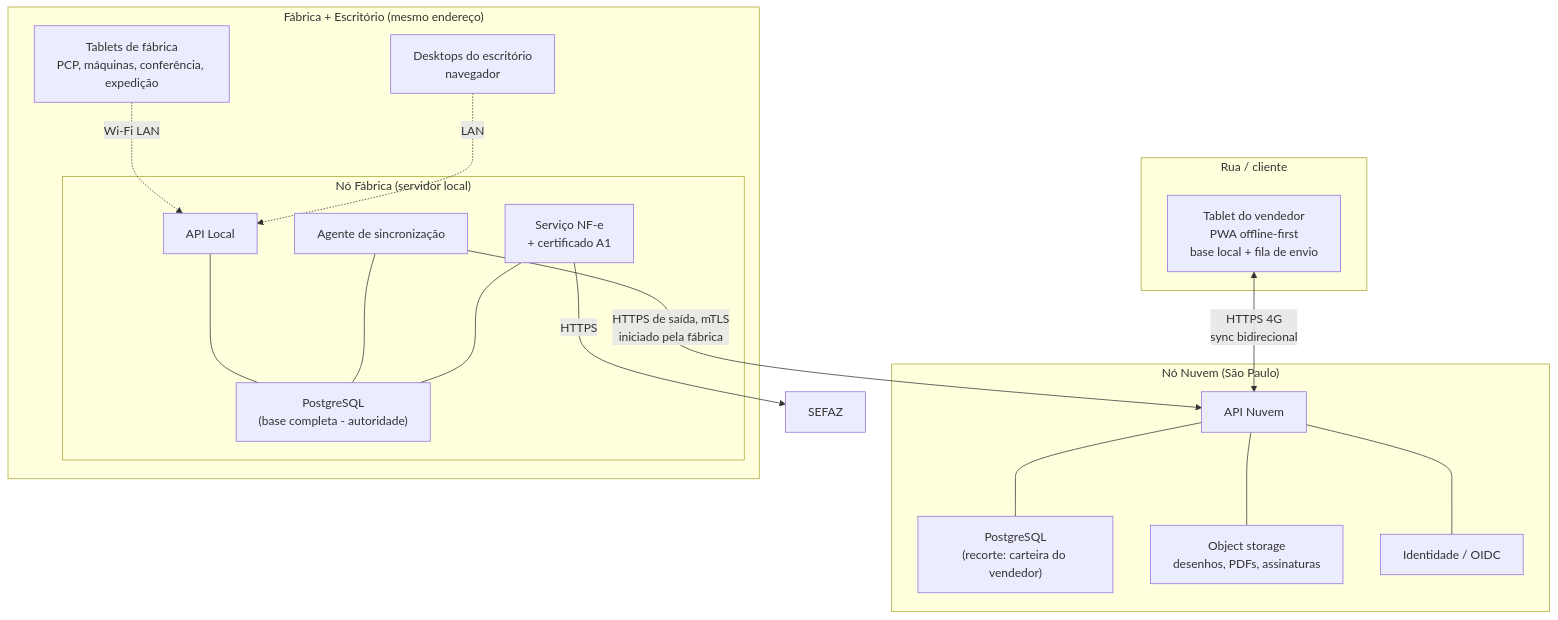
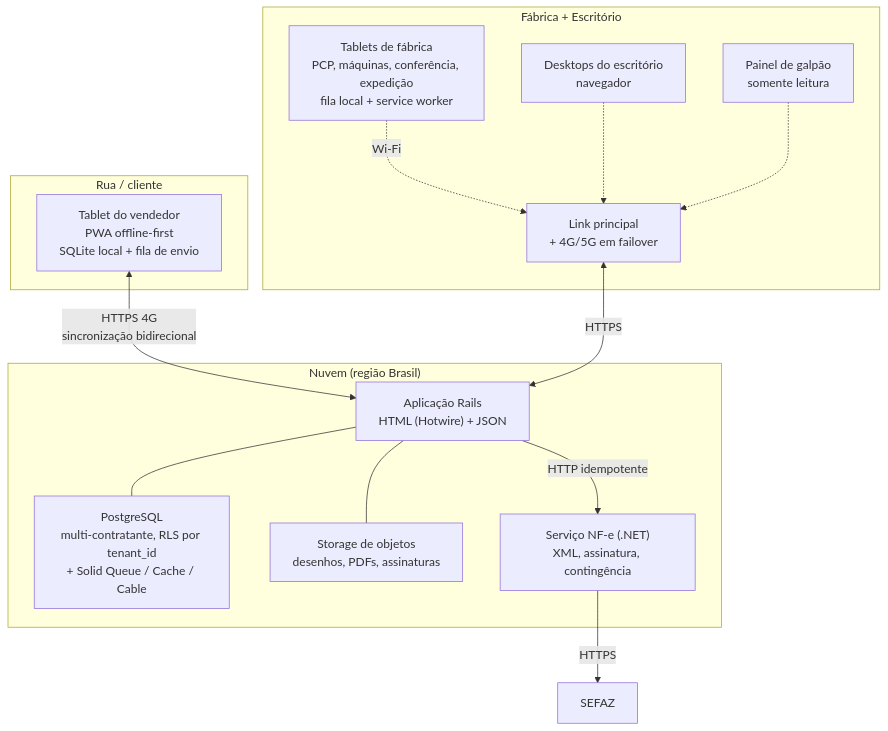
The diagram in docs/01-ARQUITETURA.md (douglas-vitoriano/project_erp), drawn with Mermaid before and after one commit. The commit also changed other lines of this file and 45 other files, not shown here.

First line of the commit message:
BoxFlow: SaaS em nuvem pura, stack Rails e marca branca

````diff
--- a/docs/01-ARQUITETURA.md
+++ b/docs/01-ARQUITETURA.md
@@ -38,36 +49,30 @@
 ```mermaid
 graph TB
     subgraph rua["Rua / cliente"]
-        VT["Tablet do vendedor<br/>PWA offline-first<br/>base local + fila de envio"]
+        VT["Tablet do vendedor<br/>PWA offline-first<br/>SQLite local + fila de envio"]
     end
 
-    subgraph nuvem["Nó Nuvem (São Paulo)"]
-        API_C["API Nuvem"]
-        PG_C["PostgreSQL<br/>(recorte: carteira do vendedor)"]
-        OBJ["Object storage<br/>desenhos, PDFs, assinaturas"]
-        IDP["Identidade / OIDC"]
-        API_C --- PG_C
-        API_C --- OBJ
-        API_C --- IDP
+    subgraph nuvem["Nuvem (região Brasil)"]
+        APP["Aplicação Rails<br/>HTML (Hotwire) + JSON"]
+        PG["PostgreSQL<br/>multi-contratante, RLS por tenant_id<br/>+ Solid Queue / Cache / Cable"]
+        OBJ["Storage de objetos<br/>desenhos, PDFs, assinaturas"]
+        NFE["Serviço NF-e (.NET)<br/>XML, assinatura, contingência"]
+        APP --- PG
+        APP --- OBJ
+        APP -->|HTTP idempotente| NFE
     end
 
-    subgraph fabrica["Fábrica + Escritório (mesmo endereço)"]
-        subgraph srv["Nó Fábrica (servidor local)"]
-            API_L["API Local"]
-            PG_L["PostgreSQL<br/>(base completa - autoridade)"]
-            SYNC["Agente de sincronização"]
-            NFE["Serviço NF-e<br/>+ certificado A1"]
-            API_L --- PG_L
-            SYNC --- PG_L
-            NFE --- PG_L
-        end
-        FT["Tablets de fábrica<br/>PCP, máquinas, conferência, expedição"]
+    subgraph fabrica["Fábrica + Escritório"]
+        FT["Tablets de fábrica<br/>PCP, máquinas, conferência, expedição<br/>fila local + service worker"]
         PC["Desktops do escritório<br/>navegador"]
-        FT -.->|Wi-Fi LAN| API_L
-        PC -.->|LAN| API_L
+        TV["Painel de galpão<br/>somente leitura"]
+        LINK["Link principal<br/>+ 4G/5G em failover"]
+        FT -.->|Wi-Fi| LINK
+        PC -.-> LINK
+        TV -.-> LINK
     end
 
-    VT <-->|"HTTPS 4G<br/>sync bidirecional"| API_C
-    SYNC -->|"HTTPS de saída, mTLS<br/>iniciado pela fábrica"| API_C
+    VT <-->|"HTTPS 4G<br/>sincronização bidirecional"| APP
+    LINK <-->|HTTPS| APP
     NFE -->|HTTPS| SEFAZ["SEFAZ"]
 ```
````
